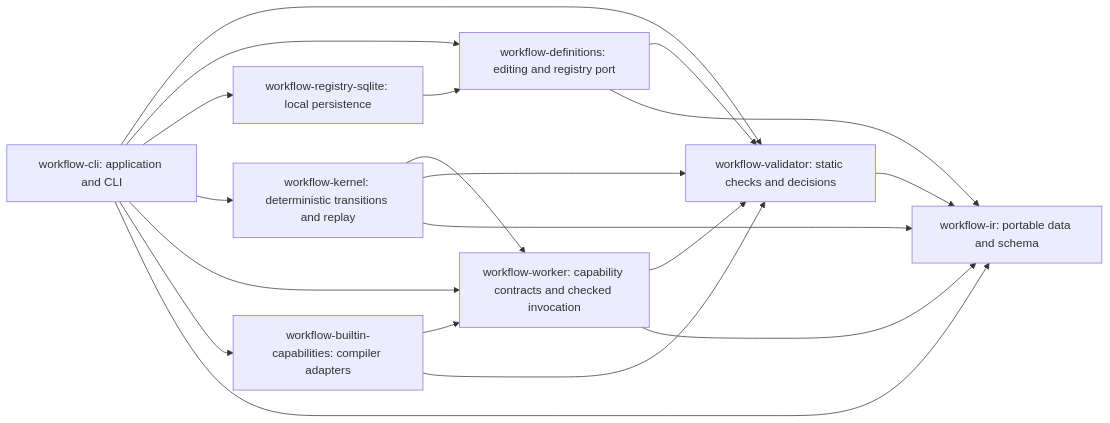
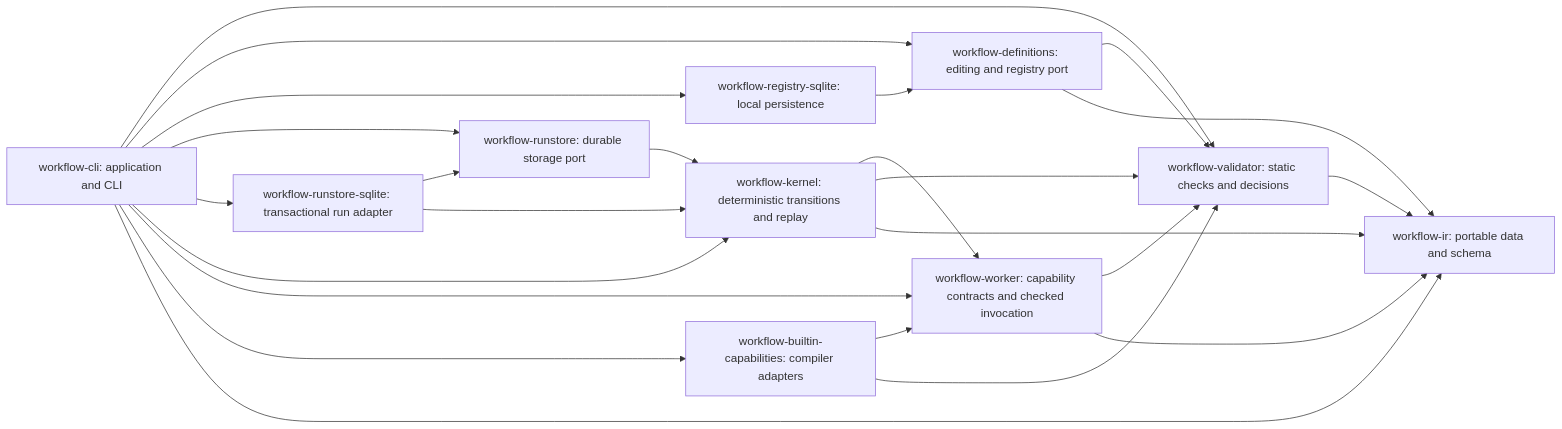
One commit to coolplayagent/workflow-cli changed the diagram in docs/roadmap.md. Above: the diagram before and after it, drawn with Mermaid. The commit also changed other lines of this file and 40 other files, not shown here.

Commit message:
feat(runstore): atomic SQLite state, events and outbox (R04 increment 1) (#22)

````diff
--- a/docs/roadmap.md
+++ b/docs/roadmap.md
@@ -8,21 +8,26 @@
 ```mermaid
 flowchart LR
     CLI[workflow-cli: application and CLI] --> V[workflow-validator: static checks and decisions]
     CLI --> D[workflow-definitions: editing and registry port]
     CLI --> S[workflow-registry-sqlite: local persistence]
+    CLI --> RS[workflow-runstore: durable storage port]
+    CLI --> DB[workflow-runstore-sqlite: transactional run adapter]
+    DB --> RS
+    DB --> K
+    RS --> K
     CLI --> K[workflow-kernel: deterministic transitions and replay]
     K --> W
     K --> V
     K --> IR
     CLI --> W[workflow-worker: capability contracts and checked invocation]
     CLI --> B[workflow-builtin-capabilities: compiler adapters]
     B --> W
     B --> V
     W --> V
     W --> IR
     S --> D
     D --> V
     D --> IR[workflow-ir: portable data and schema]
     CLI --> IR
     V --> IR
 ```
````
